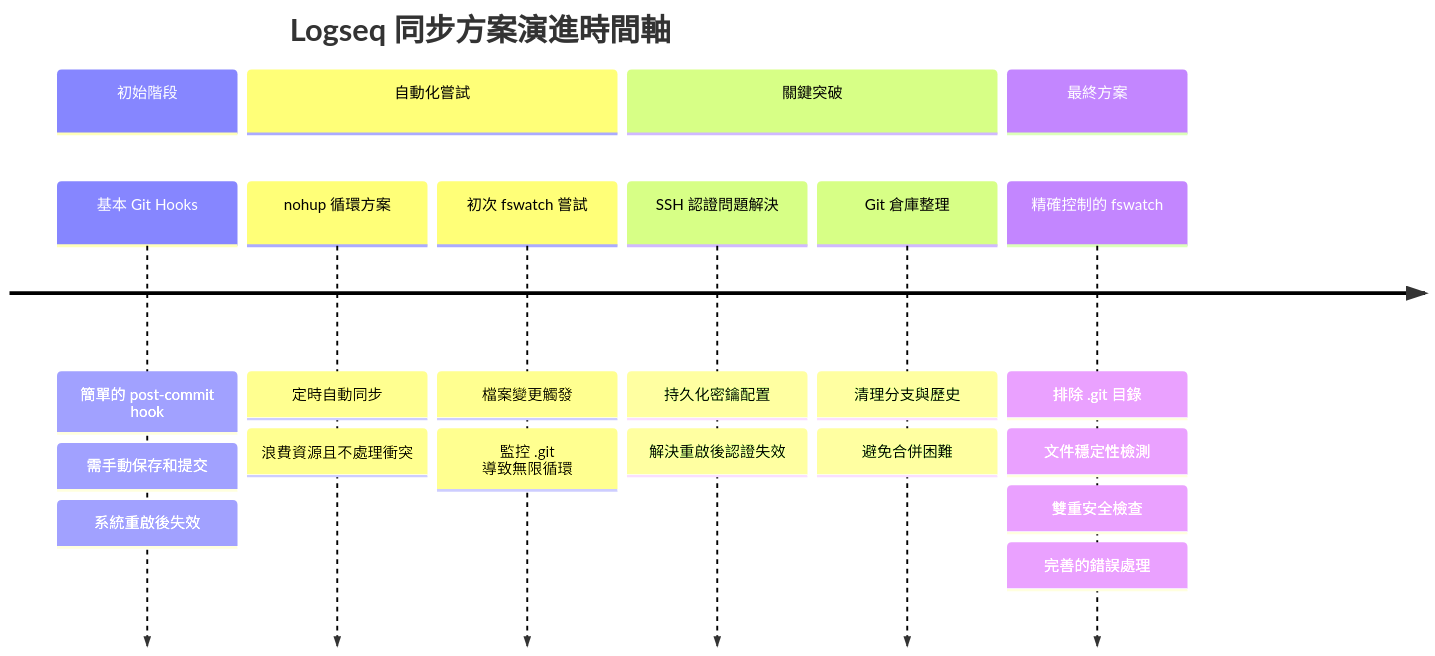
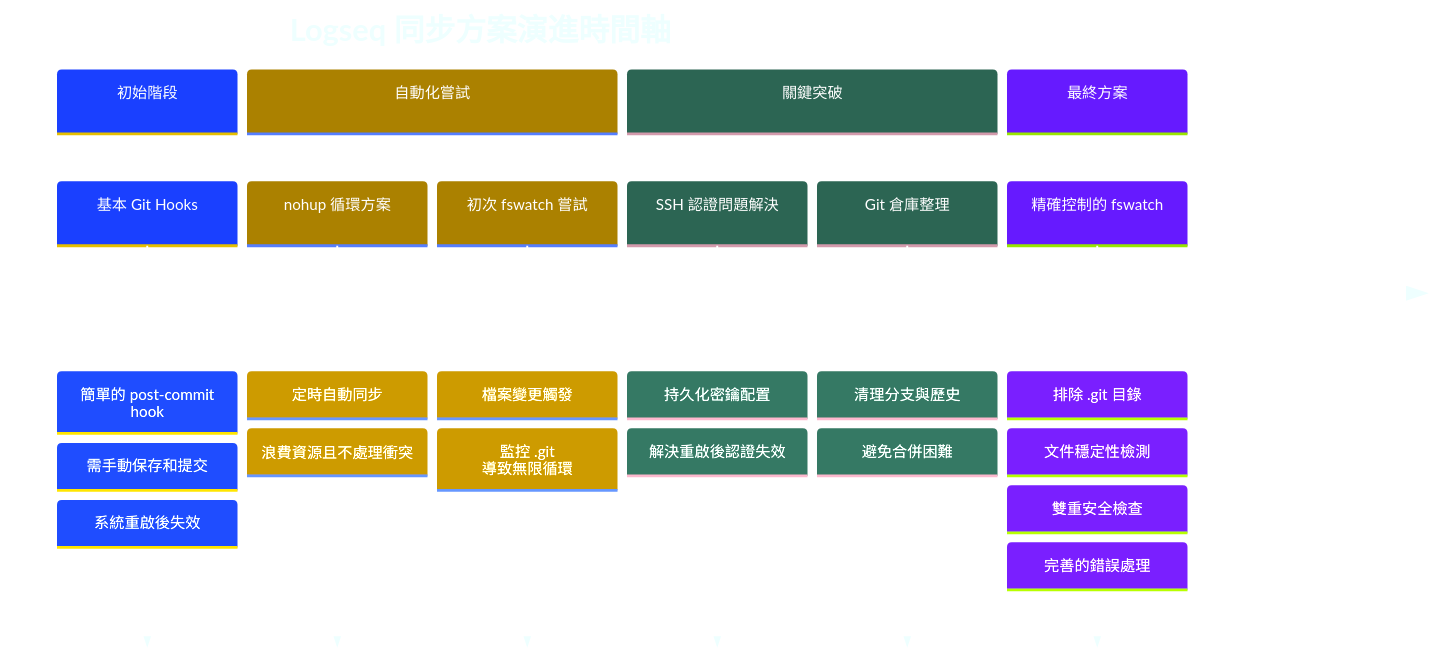
One commit to GengGeng026/Sync-Logseq changed the first of 2 diagrams in Logseq同步方案演進記錄.md. Above: the diagram before and after it, drawn with Mermaid.

Commit message:
Auto saved by Logseq

````diff
--- a/Logseq同步方案演進記錄.md
+++ b/Logseq同步方案演進記錄.md
@@ -24,45 +24,45 @@
 ```mermaid
 %%{init: {
   'theme': 'base', 
   'themeVariables': {
     'primaryColor': '#99AAFF',
     'secondaryColor': '#FFCB2B',
     'tertiaryColor': '#59B79A',
     'quaternaryColor': '#F07178',
     'primaryTextColor': '#FFFFFF',
     'primaryBorderColor': '#59B79A',
-    '
+    'lineColor': '#666666',
     'background': 'transparent',
     'textColor': '#EEFFFF',
     'nodeBorder': '#59B79A',
     'clusterBkg': 'transparent',
     'titleColor': '#EEFFFF',
     'sectionBkgColor': '#273747',
     'sectionBkgColor2': '#334455',
     'sectionBkgColor3': '#3A4A5A',
     'sectionBkgColor4': '#42546A',
     'sectionBkgColor5': '#4B5E78'
   }
 }}%%
 timeline
     title Logseq 同步方案演進時間軸
     section 初始階段
         基本 Git Hooks : 簡單的 post-commit hook
         : 需手動保存和提交
         : 系統重啟後失效
     section 自動化嘗試
         nohup 循環方案 : 定時自動同步
         : 浪費資源且不處理衝突
         初次 fswatch 嘗試 : 檔案變更觸發
         : 監控 .git 導致無限循環
     section 關鍵突破
         SSH 認證問題解決 : 持久化密鑰配置
         : 解決重啟後認證失效
         Git 倉庫整理 : 清理分支與歷史
         : 避免合併困難
     section 最終方案
         精確控制的 fswatch : 排除 .git 目錄
         : 文件穩定性檢測
         : 雙重安全檢查
         : 完善的錯誤處理
 ```
````
